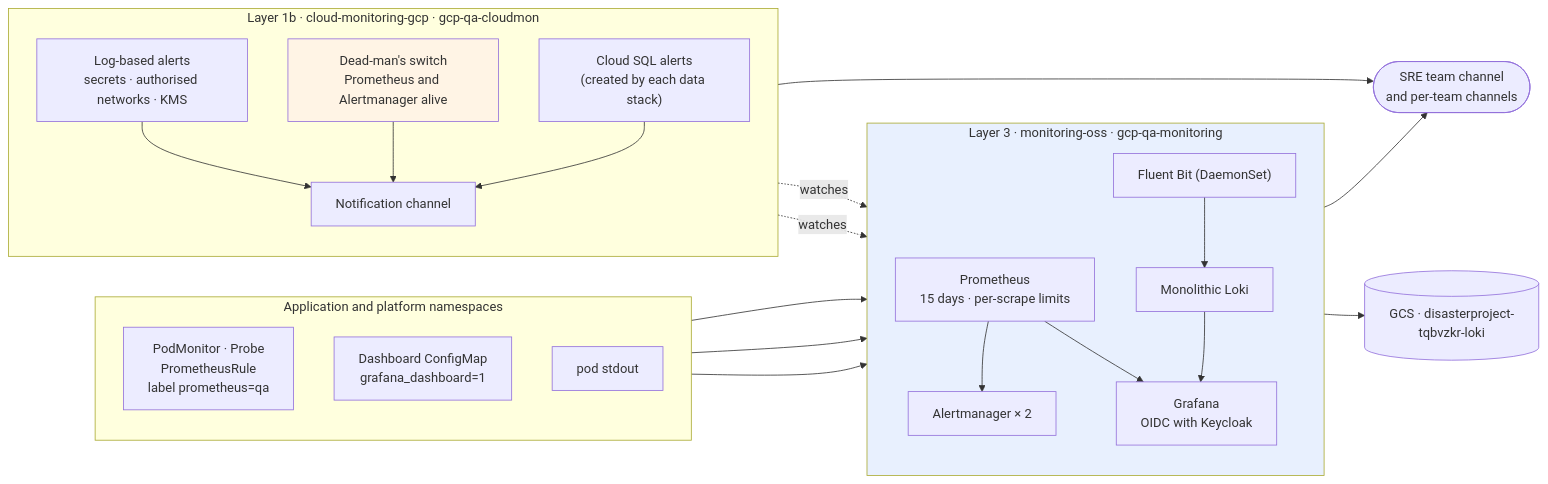
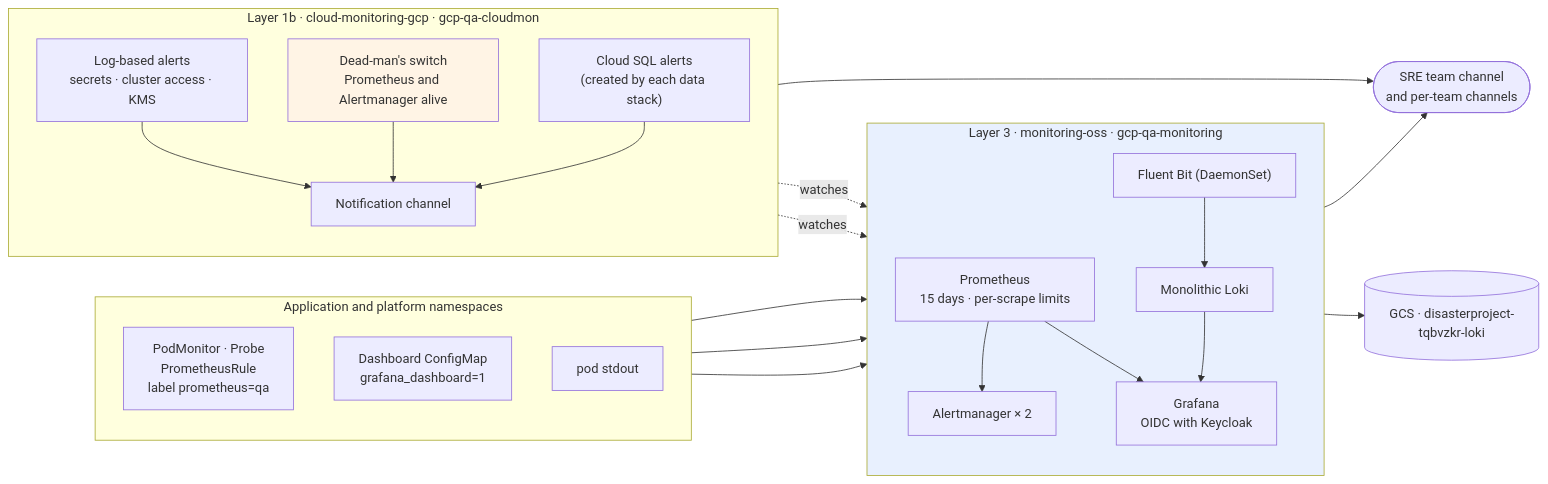
The diagram in docs/en/proposals/monitoring-qa/diagrams/01-contexto.mmd (aescanero/proposal_documents), drawn with Mermaid before and after one commit. The commit also changed 50 other files, not shown here.

```diff
--- a/docs/en/proposals/monitoring-qa/diagrams/01-contexto.mmd
+++ b/docs/en/proposals/monitoring-qa/diagrams/01-contexto.mmd
@@ -1,46 +1,46 @@
 flowchart LR
     subgraph TEN["Application and platform namespaces"]
         direction TB
         PM["PodMonitor · Probe<br/>PrometheusRule<br/>label prometheus=qa"]
         DB["Dashboard ConfigMap<br/>grafana_dashboard=1"]
         STD["pod stdout"]
     end
 
     subgraph L3["Layer 3 · monitoring-oss · gcp-qa-monitoring"]
         direction TB
         PROM["Prometheus<br/>15 days · per-scrape limits"]
         AM["Alertmanager × 2"]
         LOKI["Monolithic Loki"]
         GF["Grafana<br/>OIDC with Keycloak"]
         FB["Fluent Bit (DaemonSet)"]
         PROM --> AM
         FB --> LOKI
         PROM --> GF
         LOKI --> GF
     end
 
     subgraph L1B["Layer 1b · cloud-monitoring-gcp · gcp-qa-cloudmon"]
         direction TB
-        LBA["Log-based alerts<br/>secrets · authorised networks · KMS"]
+        LBA["Log-based alerts<br/>secrets · cluster access · KMS"]
         DMS["Dead-man's switch<br/>Prometheus and Alertmanager alive"]
         CSA["Cloud SQL alerts<br/>(created by each data stack)"]
         NC["Notification channel"]
         LBA --> NC
         DMS --> NC
         CSA --> NC
     end
 
     GCS[("GCS · disasterproject-tqbvzkr-loki")]
     SRE(["SRE team channel<br/>and per-team channels"])
 
     PM --> PROM
     DB --> GF
     STD --> FB
     LOKI --> GCS
     AM --> SRE
     NC --> SRE
     DMS -. "watches" .-> PROM
     DMS -. "watches" .-> AM
 
     style L3 fill:#e8f0fe
     style DMS fill:#fff4e5
```
